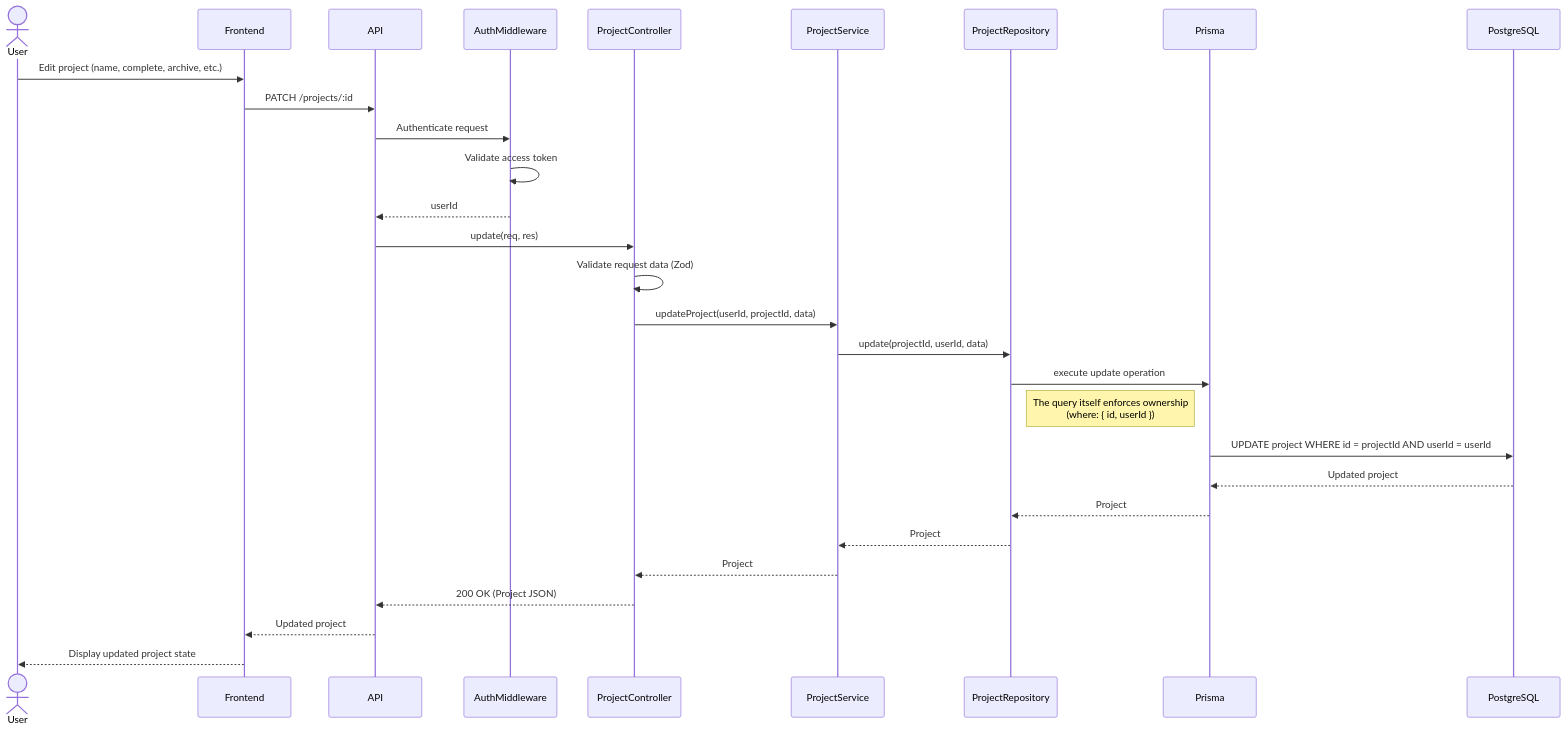
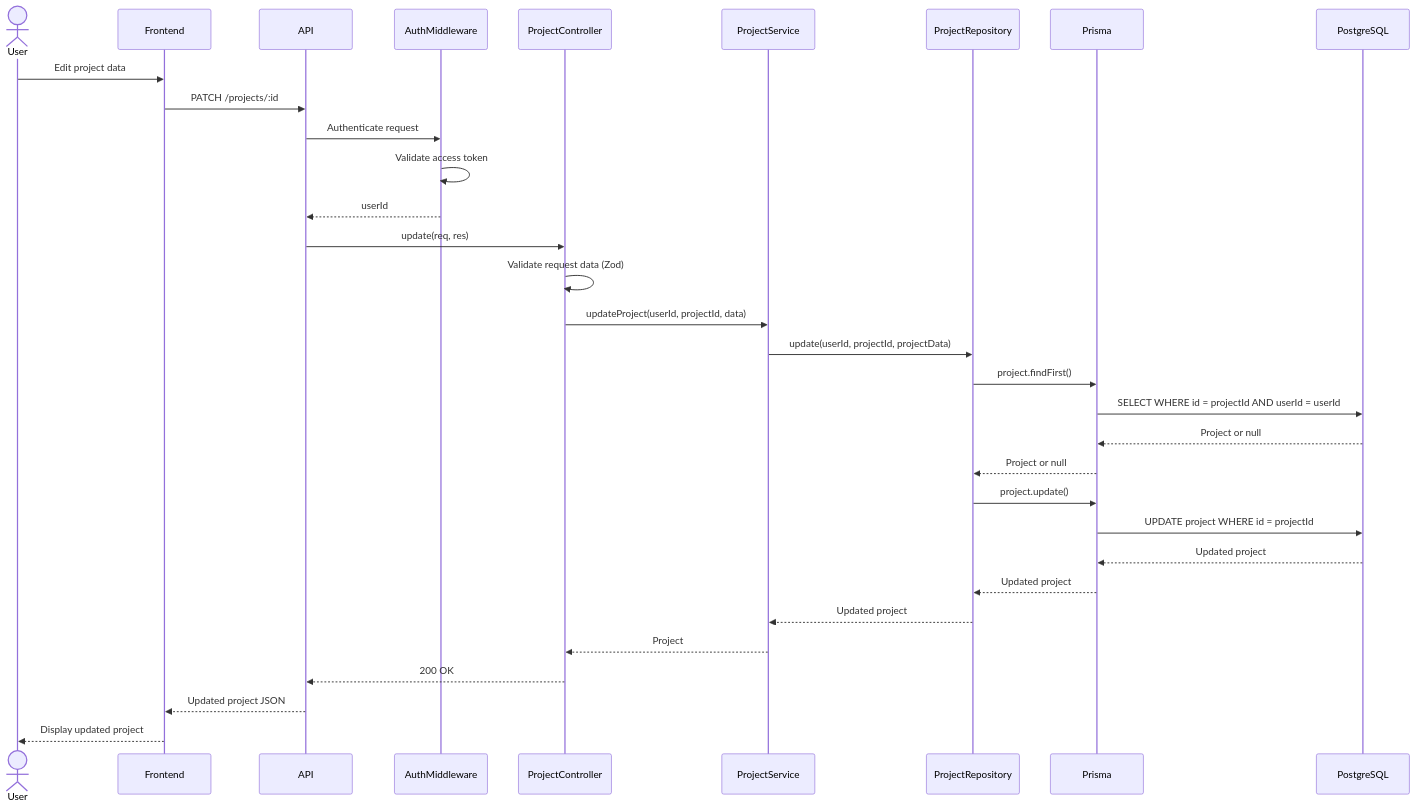
Before and after one commit to davihenriquedev1/prodixus: the diagram in docs/diagrams/sequence-diagrams/project/update.md, drawn with Mermaid. The commit also changed other lines of this file and 3 other files, not shown here.

Commit message:
docs(project): update project crud sequence diagrams

````diff
--- a/docs/diagrams/sequence-diagrams/project/update.md
+++ b/docs/diagrams/sequence-diagrams/project/update.md
@@ -3,40 +3,39 @@
 ```mermaid
 sequenceDiagram
     actor User
-
     participant Frontend
     participant API
     participant AuthMiddleware
     participant ProjectController
     participant ProjectService
     participant ProjectRepository
     participant Prisma
     participant PostgreSQL
 
-    User->>Frontend: Edit project (name, complete, archive, etc.)
+    User->>Frontend: Edit project data
     Frontend->>API: PATCH /projects/:id
-
     API->>AuthMiddleware: Authenticate request
     AuthMiddleware->>AuthMiddleware: Validate access token
     AuthMiddleware-->>API: userId
 
     API->>ProjectController: update(req, res)
     ProjectController->>ProjectController: Validate request data (Zod)
+    ProjectController->>ProjectService: updateProject(userId, projectId, data)
+    ProjectService->>ProjectRepository: update(userId, projectId, projectData)
 
-    ProjectController->>ProjectService: updateProject(userId, projectId, data)
-    ProjectService->>ProjectRepository: update(projectId, userId, data)
+    ProjectRepository->>Prisma: project.findFirst()
+    Prisma->>PostgreSQL: SELECT WHERE id = projectId AND userId = userId
+    PostgreSQL-->>Prisma: Project or null
+    Prisma-->>ProjectRepository: Project or null
 
-    ProjectRepository->>Prisma: execute update operation
-    Note right of ProjectRepository: The query itself enforces ownership<br>(where: { id, userId })
+    ProjectRepository->>Prisma: project.update()
+    Prisma->>PostgreSQL: UPDATE project WHERE id = projectId
+    PostgreSQL-->>Prisma: Updated project
+    Prisma-->>ProjectRepository: Updated project
 
-    Prisma->>PostgreSQL: UPDATE project WHERE id = projectId AND userId = userId
-    PostgreSQL-->>Prisma: Updated project
-    Prisma-->>ProjectRepository: Project
-
-    ProjectRepository-->>ProjectService: Project
+    ProjectRepository-->>ProjectService: Updated project
     ProjectService-->>ProjectController: Project
-
-    ProjectController-->>API: 200 OK (Project JSON)
-    API-->>Frontend: Updated project
-    Frontend-->>User: Display updated project state
+    ProjectController-->>API: 200 OK
+    API-->>Frontend: Updated project JSON
+    Frontend-->>User: Display updated project
 ```
````
